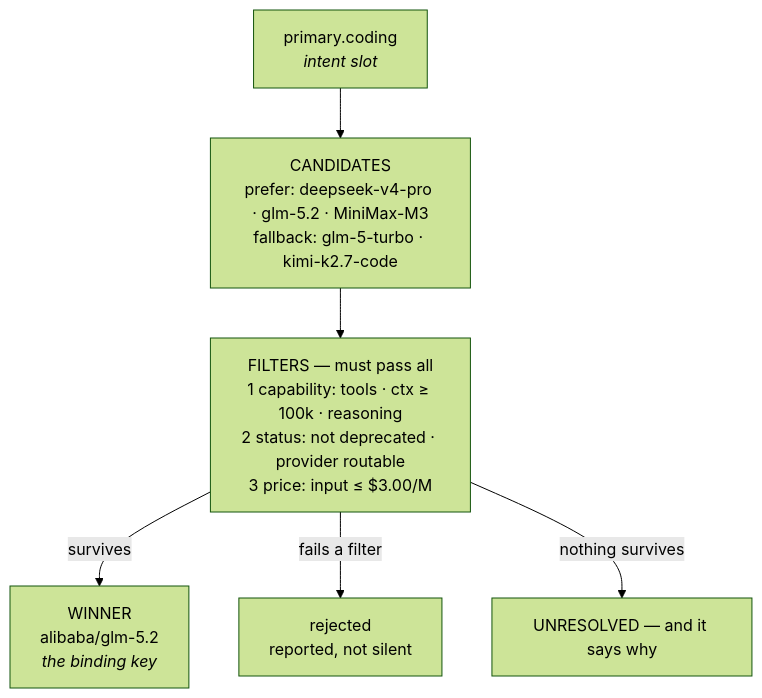
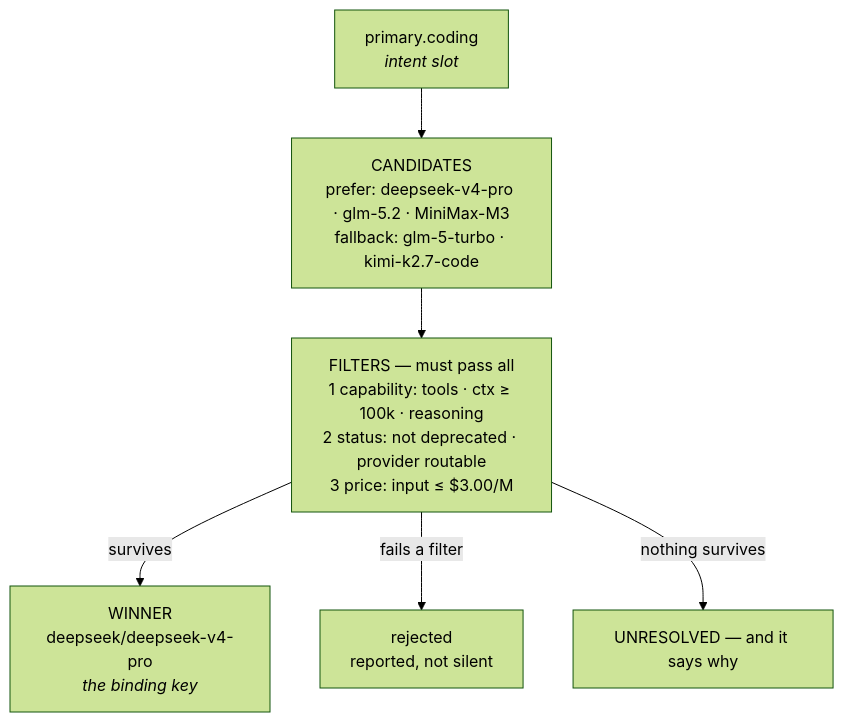
One commit to fabiofalopes/upb changed the second of 4 diagrams in docs/REGISTRY.md. Above: the diagram before and after it, drawn with Mermaid (forest theme). The commit also changed other lines of this file and 4 other files, not shown here.

First line of the commit message:
docs: correct the winner example to the real resolved binding

````diff
--- a/docs/REGISTRY.md
+++ b/docs/REGISTRY.md
@@ -109,14 +109,14 @@
 ```mermaid
 graph TD
     S["primary.coding<br/><i>intent slot</i>"]
     C["CANDIDATES<br/>prefer: deepseek-v4-pro · glm-5.2 · MiniMax-M3<br/>fallback: glm-5-turbo · kimi-k2.7-code"]
     F["FILTERS — must pass all<br/>1 capability: tools · ctx ≥ 100k · reasoning<br/>2 status: not deprecated · provider routable<br/>3 price: input ≤ $3.00/M"]
-    W["WINNER<br/>alibaba/glm-5.2<br/><i>the binding key</i>"]
+    W["WINNER<br/>deepseek/deepseek-v4-pro<br/><i>the binding key</i>"]
     U["UNRESOLVED — and it says why"]
     R["rejected<br/>reported, not silent"]
 
     S --> C --> F
     F -->|survives| W
     F -->|fails a filter| R
     F -->|nothing survives| U
 ```
````
